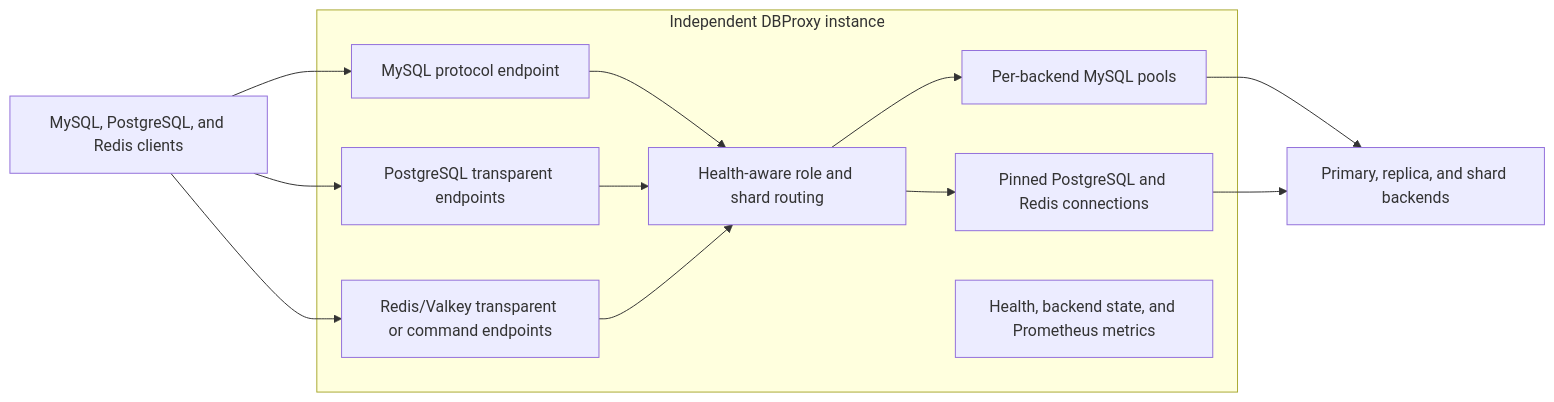
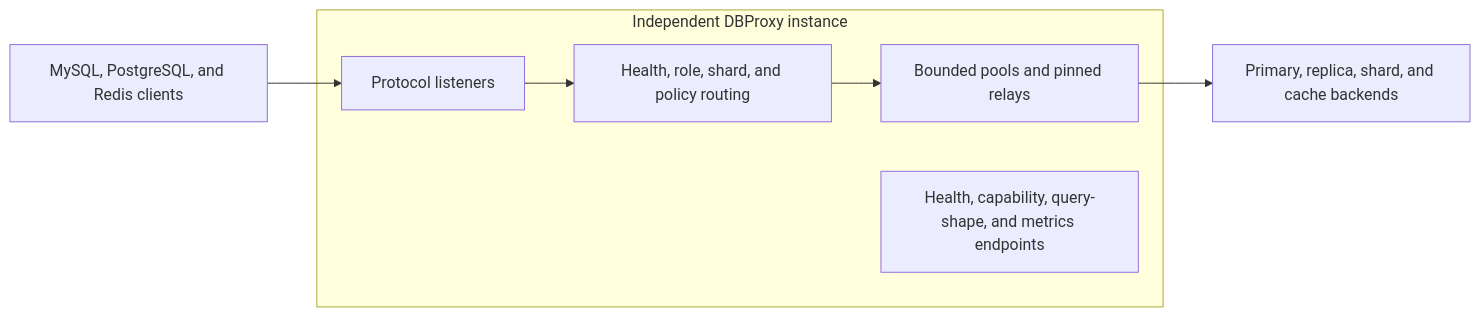
One commit to rahulbsw/dbproxy-rs changed the diagram in README.md. Above: the diagram before and after it, drawn with Mermaid. The commit also changed other lines of this file and 25 other files, not shown here.

````diff
--- a/README.md
+++ b/README.md
@@ -47,26 +42,17 @@
 ```mermaid
 flowchart LR
     clients["MySQL, PostgreSQL, and Redis clients"]
 
     subgraph proxy["Independent DBProxy instance"]
-        mysql["MySQL protocol endpoint"]
-        postgres["PostgreSQL transparent endpoints"]
-        redis["Redis/Valkey transparent or command endpoints"]
-        router["Health-aware role and shard routing"]
-        pools["Per-backend MySQL pools"]
-        relays["Pinned PostgreSQL and Redis connections"]
-        admin["Health, backend state, and Prometheus metrics"]
+        listeners["Protocol listeners"]
+        router["Health, role, shard, and policy routing"]
+        pools["Bounded pools and pinned relays"]
+        admin["Health, capability, query-shape, and metrics endpoints"]
 
-        mysql --> router
-        postgres --> router
-        redis --> router
+        listeners --> router
         router --> pools
-        router --> relays
     end
 
-    clients --> mysql
-    clients --> postgres
-    clients --> redis
-    pools --> backends["Primary, replica, and shard backends"]
-    relays --> backends
+    clients --> listeners
+    pools --> backends["Primary, replica, shard, and cache backends"]
 ```
````
